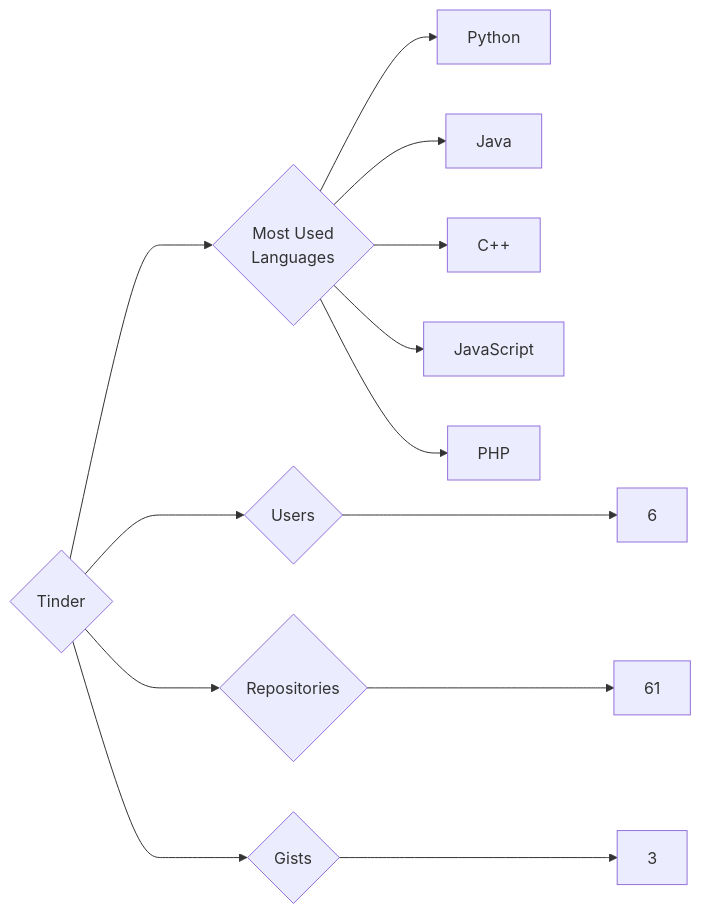
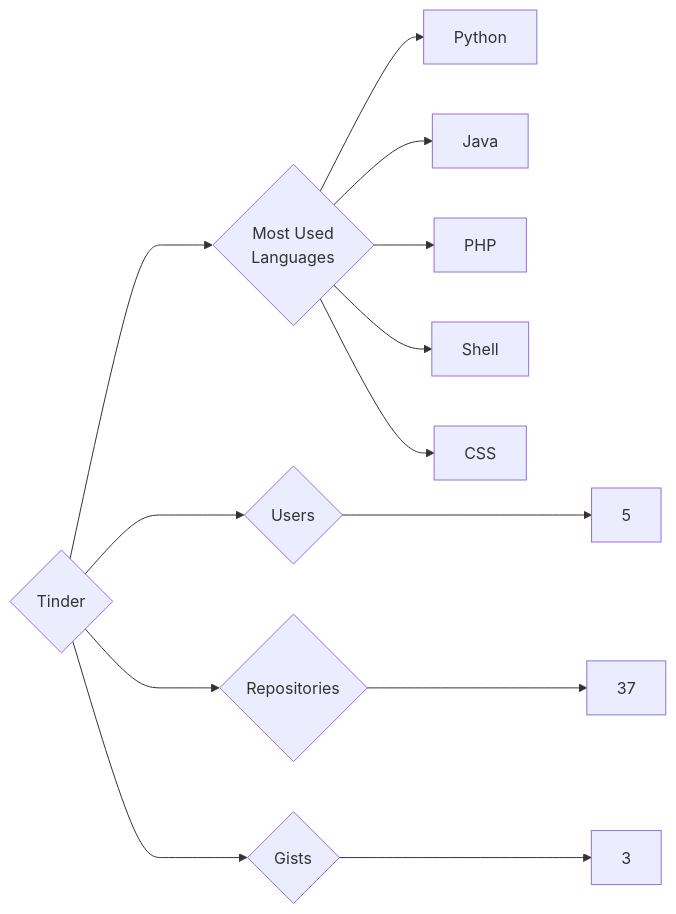
One commit to trickest/insiders changed the diagram in targets/Tinder/README.md. Above: the diagram before and after it, drawn with Mermaid. The commit also changed 1479 other files, not shown here.

````diff
--- a/targets/Tinder/README.md
+++ b/targets/Tinder/README.md
@@ -3,13 +3,13 @@
 ```mermaid
 graph LR
 COMPANY_NAME{Tinder}
-COMPANY_NAME ---> U{Users} ---> UN[6]
-COMPANY_NAME ---> R{Repositories} ---> RN[61]
+COMPANY_NAME ---> U{Users} ---> UN[5]
+COMPANY_NAME ---> R{Repositories} ---> RN[37]
 COMPANY_NAME ---> G{Gists} ---> GN[3]
 COMPANY_NAME ---> ML{Most Used<br>Languages}
 ML --> Python[Python]
 ML --> Java[Java]
-ML --> C++[C++]
-ML --> JavaScript[JavaScript]
 ML --> PHP[PHP]
+ML --> Shell[Shell]
+ML --> CSS[CSS]
 ```
````
